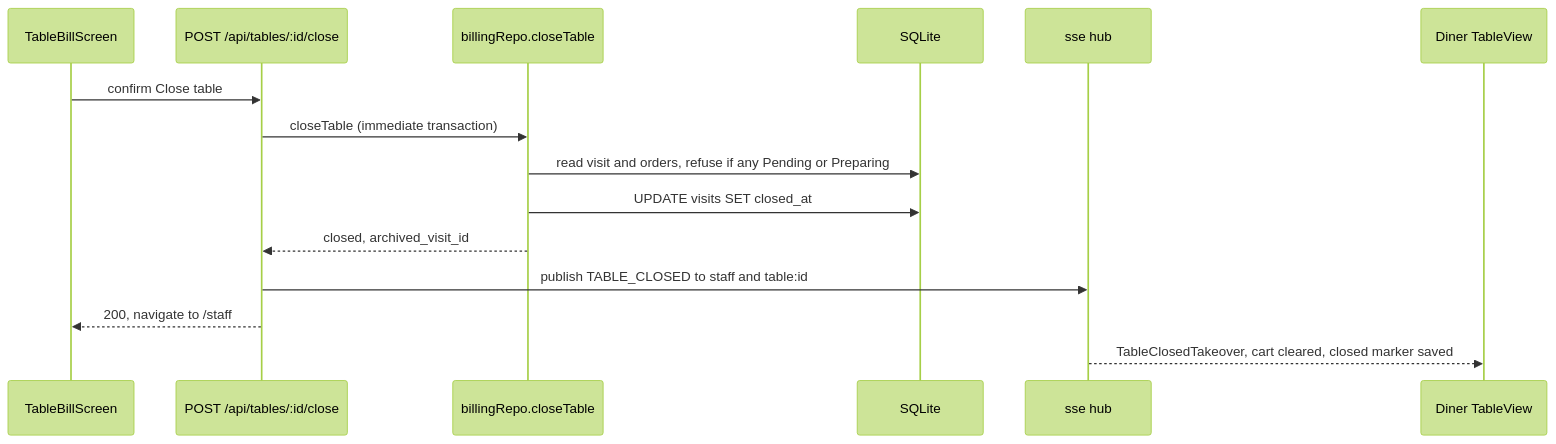
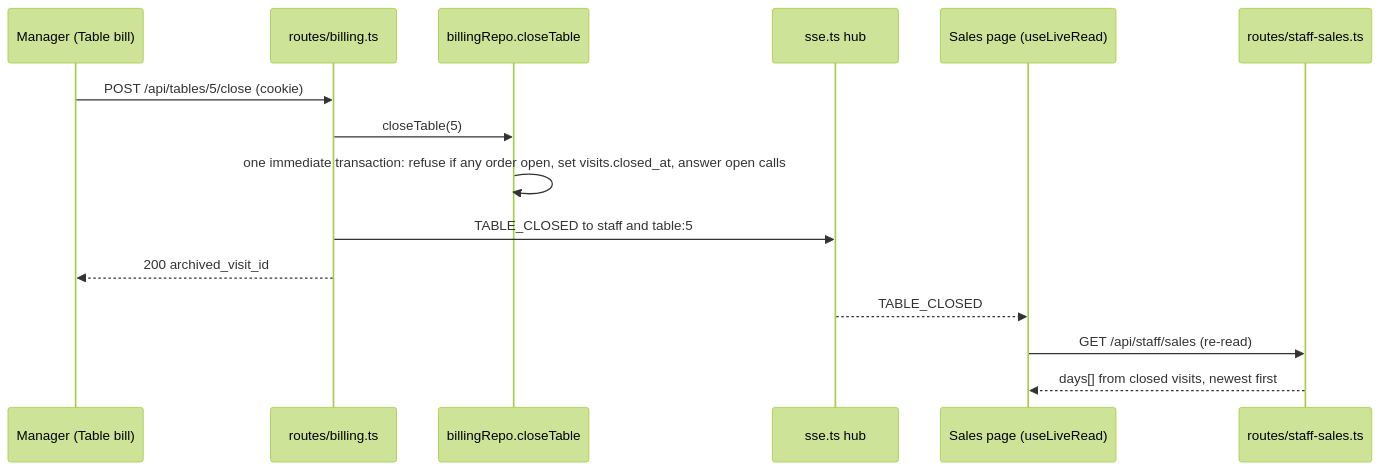
One commit to umaiss/restaurants_managment- changed the fourth of 5 diagrams in aidlc/spaces/default/codekb/table-order/architecture.md. Above: the diagram before and after it, drawn with Mermaid (forest theme). The commit also changed other lines of this file and 117 other files, not shown here.

````diff
--- a/aidlc/spaces/default/codekb/table-order/architecture.md
+++ b/aidlc/spaces/default/codekb/table-order/architecture.md
@@ -199,17 +149,17 @@
 ```mermaid
 sequenceDiagram
-  participant S as TableBillScreen
-  participant API as POST /api/tables/:id/close
+  participant M as Manager (Table bill)
+  participant B as routes/billing.ts
   participant BR as billingRepo.closeTable
-  participant DB as SQLite
-  participant HUB as sse hub
-  participant D as Diner TableView
-  S->>API: confirm Close table
-  API->>BR: closeTable (immediate transaction)
-  BR->>DB: read visit and orders, refuse if any Pending or Preparing
-  BR->>DB: UPDATE visits SET closed_at
-  BR-->>API: closed, archived_visit_id
-  API->>HUB: publish TABLE_CLOSED to staff and table:id
-  API-->>S: 200, navigate to /staff
-  HUB-->>D: TableClosedTakeover, cart cleared, closed marker saved
+  participant H as sse.ts hub
+  participant SP as Sales page (useLiveRead)
+  participant SA as routes/staff-sales.ts
+  M->>B: POST /api/tables/5/close (cookie)
+  B->>BR: closeTable(5)
+  BR->>BR: one immediate transaction: refuse if any order open, set visits.closed_at, answer open calls
+  B->>H: TABLE_CLOSED to staff and table:5
+  B-->>M: 200 archived_visit_id
+  H-->>SP: TABLE_CLOSED
+  SP->>SA: GET /api/staff/sales (re-read)
+  SA-->>SP: days[] from closed visits, newest first
 ```
````
